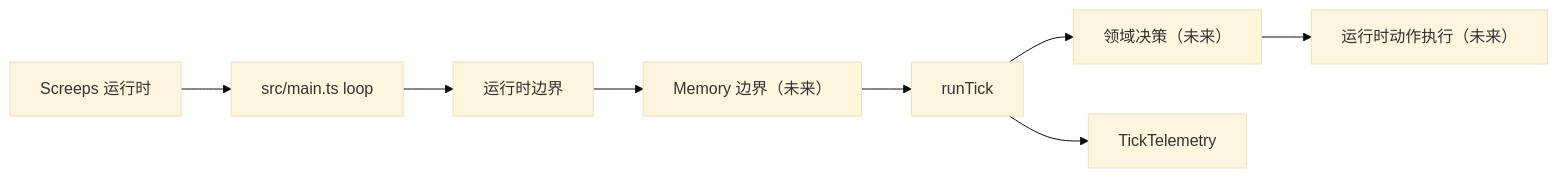
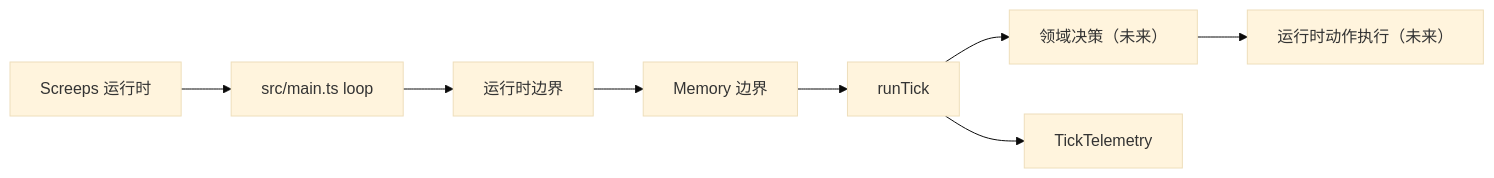
Before and after one commit to Hime-Hina/ScreepsScripts: the diagram in docs/architecture.md, drawn with Mermaid (base theme). The commit also changed other lines of this file and 12 other files, not shown here.

Commit message:
feat: add Screeps memory boundary

````diff
--- a/docs/architecture.md
+++ b/docs/architecture.md
@@ -5,10 +5,10 @@
 ```mermaid
 flowchart LR
   Screeps["Screeps 运行时"] --> Main["src/main.ts loop"]
   Main --> Boundary["运行时边界"]
-  Boundary --> Memory["Memory 边界（未来）"]
+  Boundary --> Memory["Memory 边界"]
   Memory --> Kernel["runTick"]
   Kernel --> Domain["领域决策（未来）"]
   Domain --> Actions["运行时动作执行（未来）"]
   Kernel --> Telemetry["TickTelemetry"]
 ```
````
